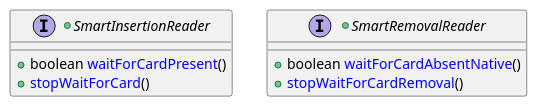
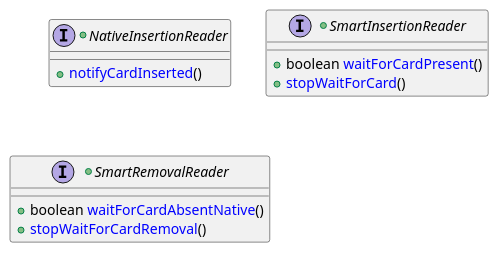
Before and after one commit to calypsonet/keyple: the fifth of 11 diagrams in src/KeypleCoreApi/puml/KeypleCore_Plugin_ClassDiag_ClassElements.iuml, drawn with PlantUML. The commit also changed other lines of this file and 3 other files, not shown here.

```diff
--- a/src/KeypleCoreApi/puml/KeypleCore_Plugin_ClassDiag_ClassElements.iuml
+++ b/src/KeypleCoreApi/puml/KeypleCore_Plugin_ClassDiag_ClassElements.iuml
@@ -40,11 +40,15 @@
 @startuml(id=PLUGIN_SMART_OBSERVABLE_1_0_0)
++interface NativeInsertionReader  {
+  +<color:blue>notifyCardInserted</color>()
+}
+
 +interface SmartInsertionReader  {
   +boolean <color:blue>waitForCardPresent</color>()
   +<color:blue>stopWaitForCard</color>()
 }
 
 +interface SmartRemovalReader {
   +boolean <color:blue>waitForCardAbsentNative</color>()
   +<color:blue>stopWaitForCardRemoval</color>()
 }
 @enduml
```
